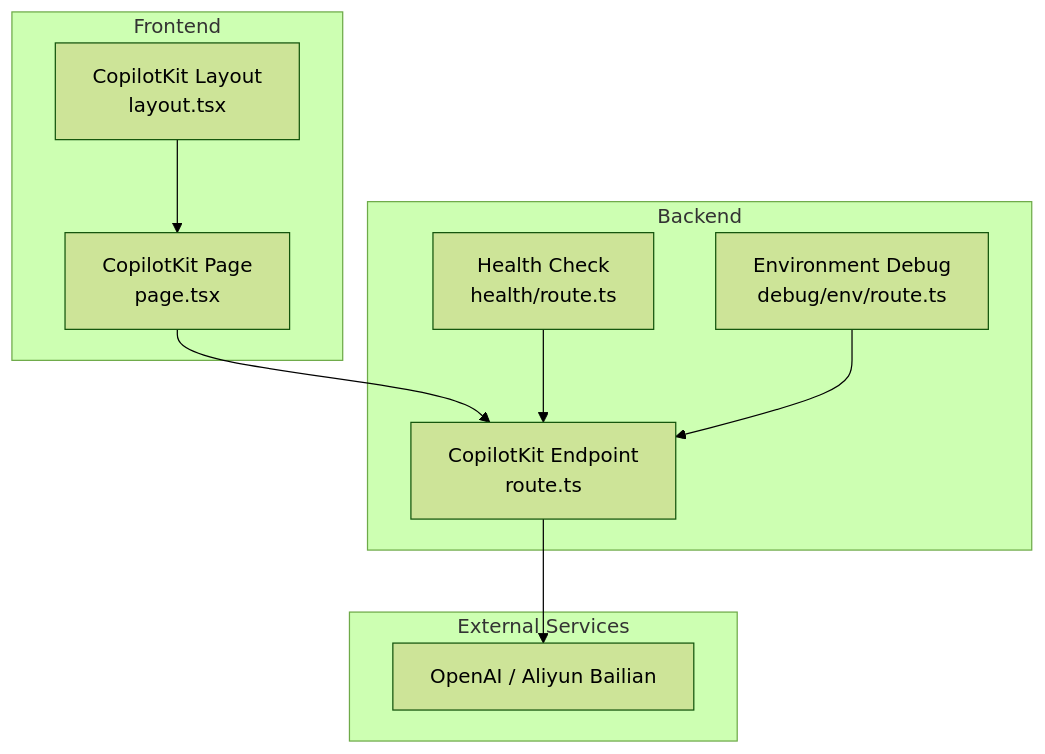
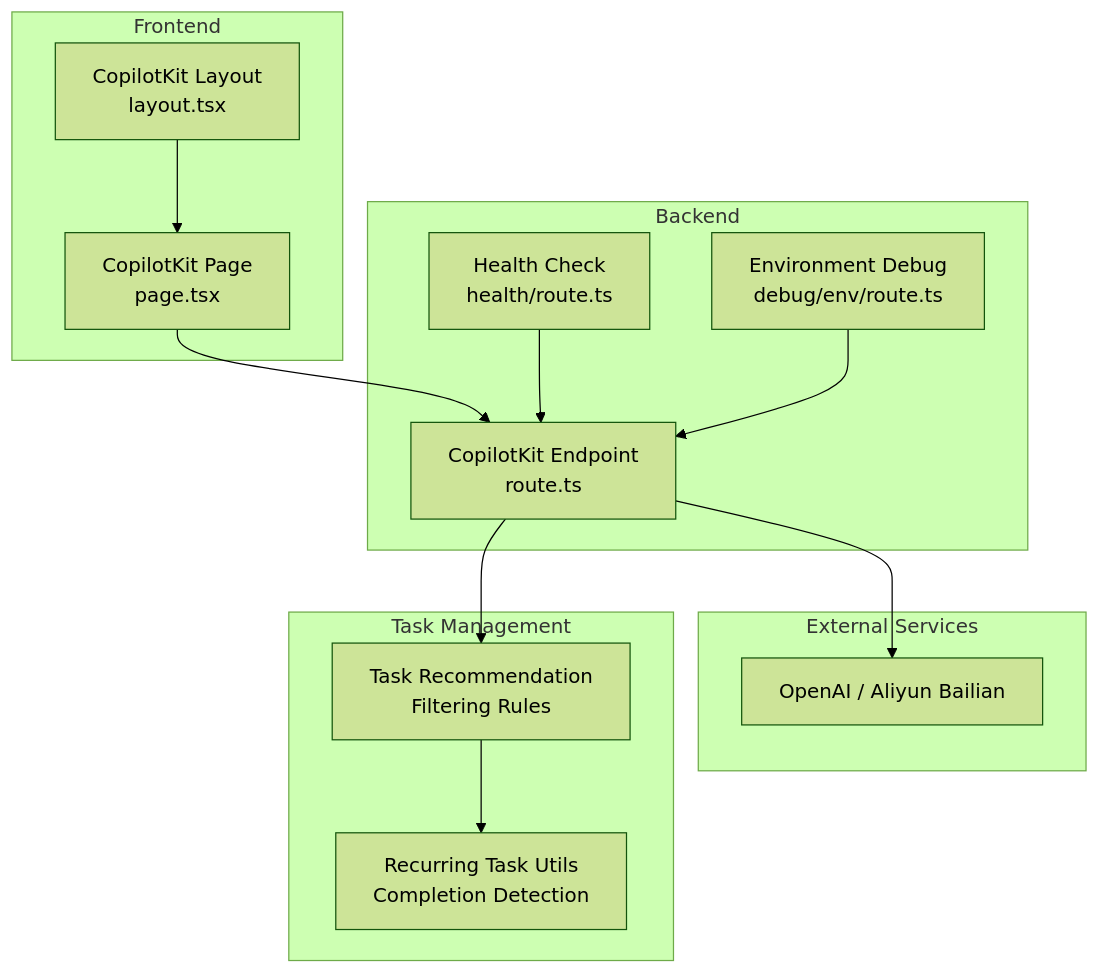
The first of 6 diagrams in .qoder/repowiki/en/content/AI Assistant Integration/CopilotKit Runtime Configuration.md (peixuanhu/goal-mate), drawn with Mermaid (forest theme) before and after one commit. The commit also changed other lines of this file and 5 other files, not shown here.

````diff
--- a/.qoder/repowiki/en/content/AI Assistant Integration/CopilotKit Runtime Configuration.md
+++ b/.qoder/repowiki/en/content/AI Assistant Integration/CopilotKit Runtime Configuration.md
@@ -32,20 +43,26 @@
 ```mermaid
 graph TB
 subgraph "Frontend"
 L["CopilotKit Layout<br/>layout.tsx"]
 P["CopilotKit Page<br/>page.tsx"]
 end
 subgraph "Backend"
 R["CopilotKit Endpoint<br/>route.ts"]
 H["Health Check<br/>health/route.ts"]
 E["Environment Debug<br/>debug/env/route.ts"]
 end
 subgraph "External Services"
 OAI["OpenAI / Aliyun Bailian"]
 end
+subgraph "Task Management"
+TR["Task Recommendation<br/>Filtering Rules"]
+RT["Recurring Task Utils<br/>Completion Detection"]
+end
 L --> P
 P --> R
 R --> OAI
+R --> TR
+TR --> RT
 H --> R
 E --> R
 ```
````
